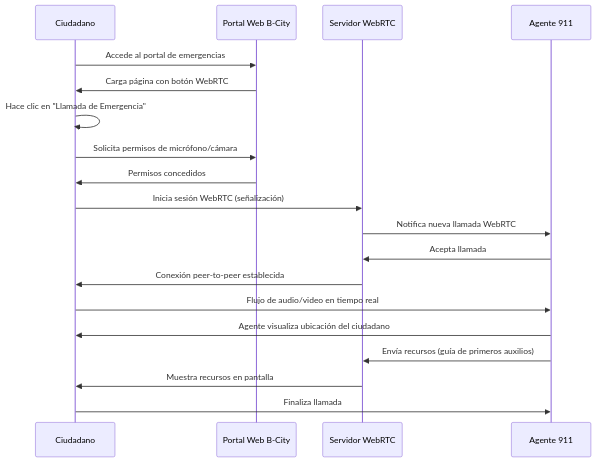
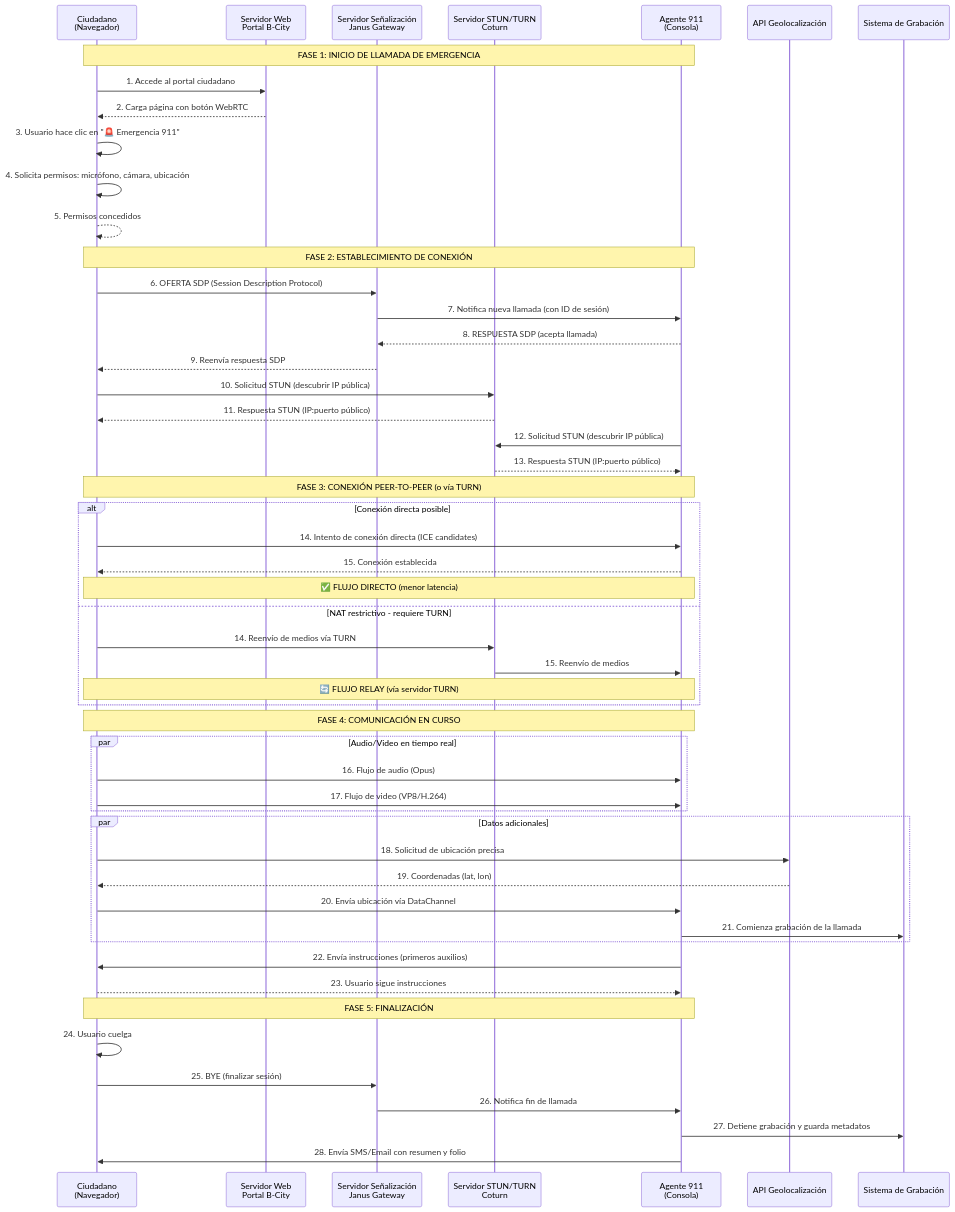
The diagram in Centro de emergencia.mermaid (David15150/aca-telecomunicaciones), drawn with Mermaid before and after one commit.

```diff
--- a/Centro de emergencia.mermaid
+++ b/Centro de emergencia.mermaid
@@ -1,20 +1,66 @@
 sequenceDiagram
-    participant C as Ciudadano
-    participant W as Portal Web B-City
-    participant S as Servidor WebRTC
-    participant A as Agente 911
+    participant C as Ciudadano<br/>(Navegador)
+    participant W as Servidor Web<br/>Portal B-City
+    participant S as Servidor Señalización<br/>Janus Gateway
+    participant T as Servidor STUN/TURN<br/>Coturn
+    participant A as Agente 911<br/>(Consola)
+    participant G as API Geolocalización
+    participant R as Sistema de Grabación
 
-    C->>W: Accede al portal de emergencias
-    W->>C: Carga página con botón WebRTC
-    C->>C: Hace clic en "Llamada de Emergencia"
-    C->>W: Solicita permisos de micrófono/cámara
-    W->>C: Permisos concedidos
-    C->>S: Inicia sesión WebRTC (señalización)
-    S->>A: Notifica nueva llamada WebRTC
-    A->>S: Acepta llamada
-    S->>C: Conexión peer-to-peer establecida
-    C->>A: Flujo de audio/video en tiempo real
-    A->>C: Agente visualiza ubicación del ciudadano
-    A->>S: Envía recursos (guía de primeros auxilios)
-    S->>C: Muestra recursos en pantalla
-    C->>A: Finaliza llamada
+    Note over C,A: FASE 1: INICIO DE LLAMADA DE EMERGENCIA
+    
+    C->>W: 1. Accede al portal ciudadano
+    W-->>C: 2. Carga página con botón WebRTC
+    C->>C: 3. Usuario hace clic en "🚨 Emergencia 911"
+    C->>C: 4. Solicita permisos: micrófono, cámara, ubicación
+    C-->>C: 5. Permisos concedidos
+    
+    Note over C,A: FASE 2: ESTABLECIMIENTO DE CONEXIÓN
+    
+    C->>S: 6. OFERTA SDP (Session Description Protocol)
+    S->>A: 7. Notifica nueva llamada (con ID de sesión)
+    A-->>S: 8. RESPUESTA SDP (acepta llamada)
+    S-->>C: 9. Reenvía respuesta SDP
+    
+    C->>T: 10. Solicitud STUN (descubrir IP pública)
+    T-->>C: 11. Respuesta STUN (IP:puerto público)
+    
+    A->>T: 12. Solicitud STUN (descubrir IP pública)
+    T-->>A: 13. Respuesta STUN (IP:puerto público)
+    
+    Note over C,A: FASE 3: CONEXIÓN PEER-TO-PEER (o vía TURN)
+    
+    alt Conexión directa posible
+        C->>A: 14. Intento de conexión directa (ICE candidates)
+        A-->>C: 15. Conexión establecida
+        Note over C,A: ✅ FLUJO DIRECTO (menor latencia)
+    else NAT restrictivo - requiere TURN
+        C->>T: 14. Reenvío de medios vía TURN
+        T->>A: 15. Reenvío de medios
+        Note over C,A: 🔄 FLUJO RELAY (vía servidor TURN)
+    end
+    
+    Note over C,A: FASE 4: COMUNICACIÓN EN CURSO
+    
+    par Audio/Video en tiempo real
+        C->>A: 16. Flujo de audio (Opus)
+        C->>A: 17. Flujo de video (VP8/H.264)
+    end
+    
+    par Datos adicionales
+        C->>G: 18. Solicitud de ubicación precisa
+        G-->>C: 19. Coordenadas (lat, lon)
+        C->>A: 20. Envía ubicación vía DataChannel
+        A->>R: 21. Comienza grabación de la llamada
+    end
+    
+    A->>C: 22. Envía instrucciones (primeros auxilios)
+    C-->>A: 23. Usuario sigue instrucciones
+    
+    Note over C,A: FASE 5: FINALIZACIÓN
+    
+    C->>C: 24. Usuario cuelga
+    C->>S: 25. BYE (finalizar sesión)
+    S->>A: 26. Notifica fin de llamada
+    A->>R: 27. Detiene grabación y guarda metadatos
+    A->>C: 28. Envía SMS/Email con resumen y folio
```
